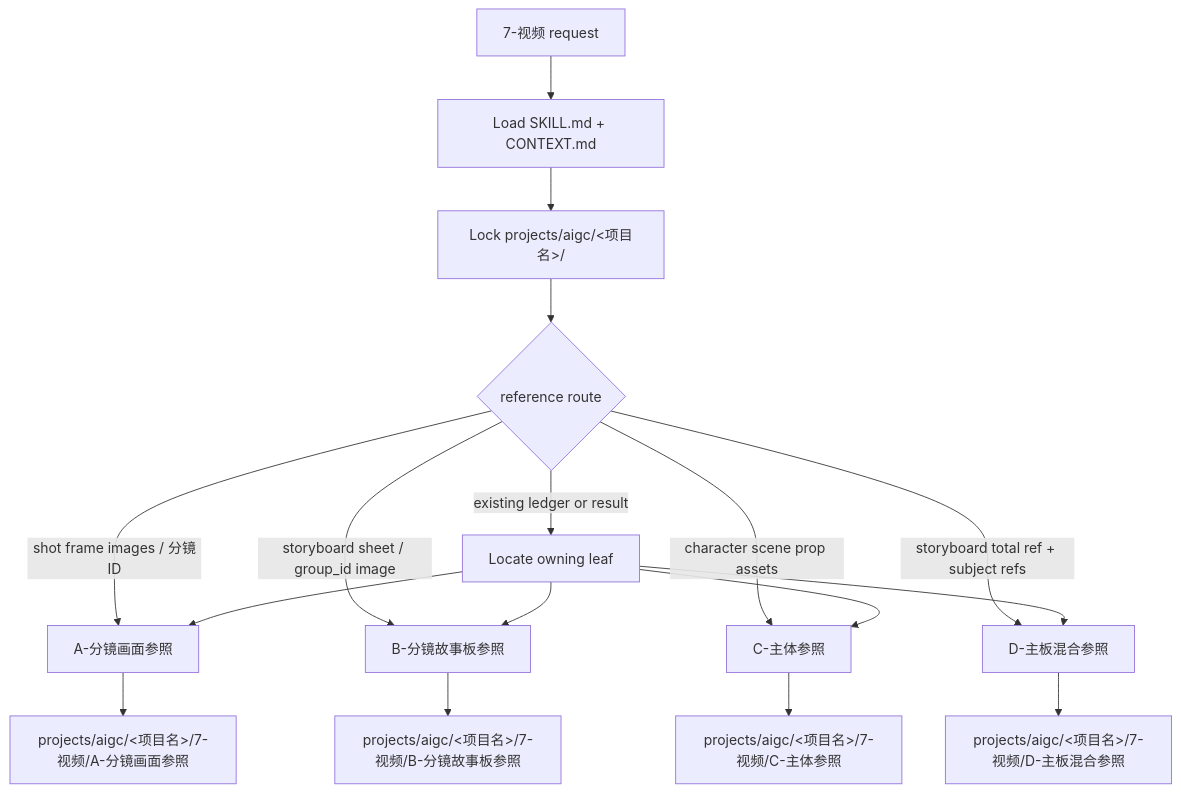
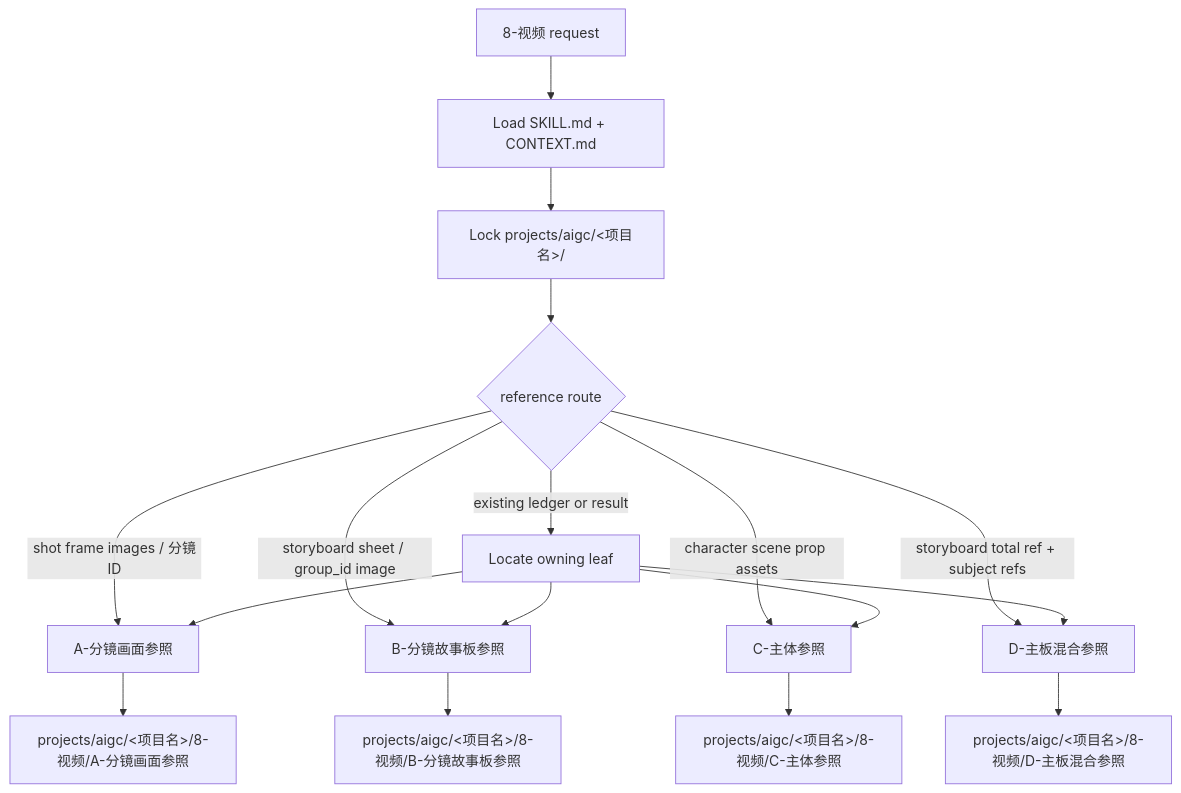
The diagram in .agents/skills/aigc/backup/SKILL.md (ZEN-VOID/AI-CUT), drawn with Mermaid before and after one commit. The commit also changed other lines of this file and 1070 other files, not shown here.

````diff
--- a/.agents/skills/aigc/backup/SKILL.md
+++ b/.agents/skills/aigc/backup/SKILL.md
@@ -88,19 +88,19 @@
 ```mermaid
 flowchart TD
-    A["7-视频 request"] --> B["Load SKILL.md + CONTEXT.md"]
+    A["8-视频 request"] --> B["Load SKILL.md + CONTEXT.md"]
     B --> C["Lock projects/aigc/<项目名>/"]
     C --> D{"reference route"}
     D -->|"shot frame images / 分镜ID"| E["A-分镜画面参照"]
     D -->|"storyboard sheet / group_id image"| F["B-分镜故事板参照"]
     D -->|"character scene prop assets"| G["C-主体参照"]
     D -->|"storyboard total ref + subject refs"| L["D-主板混合参照"]
     D -->|"existing ledger or result"| H["Locate owning leaf"]
-    E --> I["projects/aigc/<项目名>/7-视频/A-分镜画面参照"]
-    F --> J["projects/aigc/<项目名>/7-视频/B-分镜故事板参照"]
-    G --> K["projects/aigc/<项目名>/7-视频/C-主体参照"]
-    L --> M["projects/aigc/<项目名>/7-视频/D-主板混合参照"]
+    E --> I["projects/aigc/<项目名>/8-视频/A-分镜画面参照"]
+    F --> J["projects/aigc/<项目名>/8-视频/B-分镜故事板参照"]
+    G --> K["projects/aigc/<项目名>/8-视频/C-主体参照"]
+    L --> M["projects/aigc/<项目名>/8-视频/D-主板混合参照"]
     H --> E
     H --> F
     H --> G
     H --> L
 ```
````
